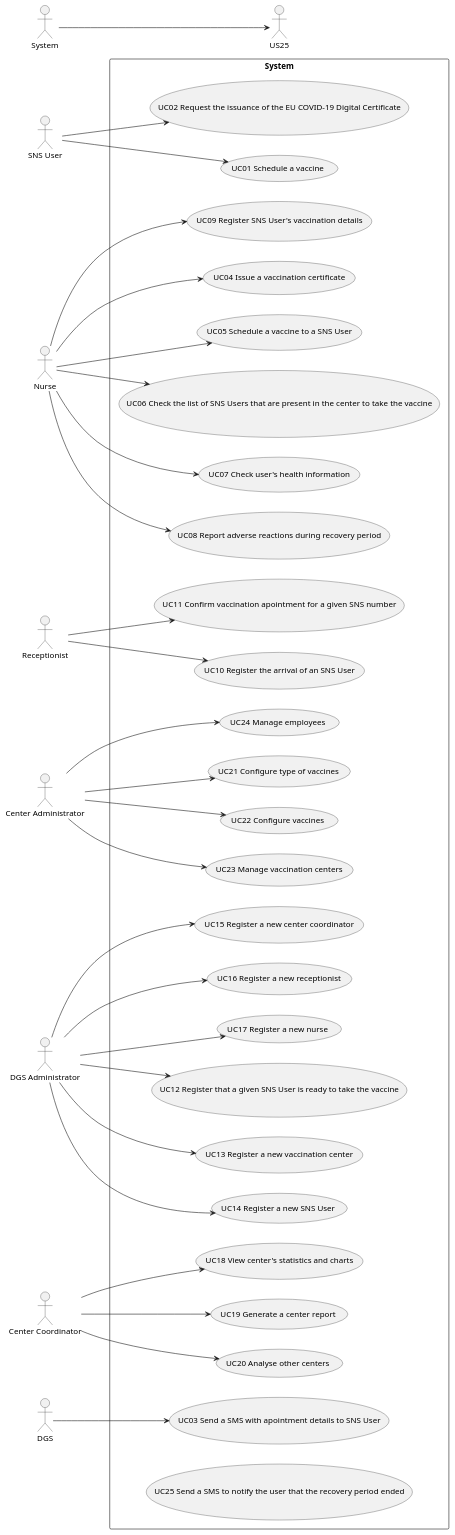
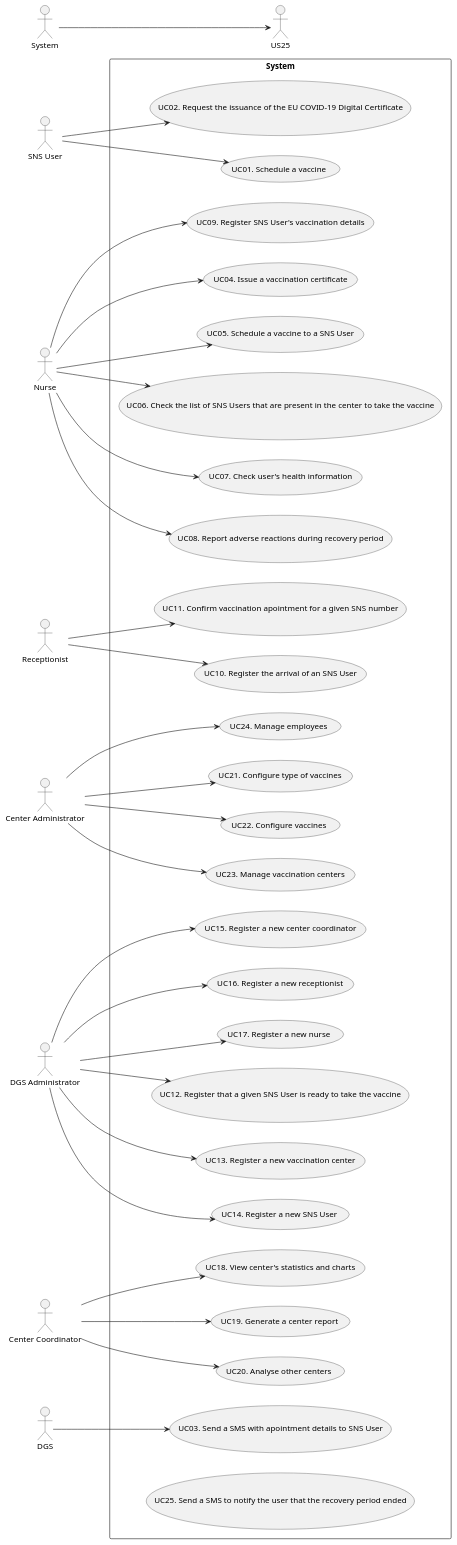
The diagram in docs/SprintA/UCD.puml (miseEnPlace-i/lapr2), drawn with PlantUML before and after one commit.

Commit message:
docs(ucd): added numeration

```diff
--- a/docs/SprintA/UCD.puml
+++ b/docs/SprintA/UCD.puml
@@ -1,68 +1,68 @@
 @startuml UCD
 
 left to right direction
 
 actor "SNS User" as user
 actor "Nurse" as nurse
 actor "Receptionist" as recept
 actor "Center Administrator" as cadmin
 actor "DGS Administrator" as dgsadmin
 actor "Center Coordinator" as coordinator
 actor "DGS" as dgs
 actor "System" as system
 
 rectangle System {
-  usecase "UC01 Schedule a vaccine" as UC01
-  usecase "UC02 Request the issuance of the EU COVID-19 Digital Certificate" as UC02
-  usecase "UC03 Send a SMS with apointment details to SNS User" as UC03
-  usecase "UC04 Issue a vaccination certificate" as UC04
-  usecase "UC05 Schedule a vaccine to a SNS User" as UC05
-  usecase "UC06 Check the list of SNS Users that are present in the center to take the vaccine" as UC06
-  usecase "UC07 Check user's health information" as UC07
-  usecase "UC08 Report adverse reactions during recovery period" as UC08
-  usecase "UC09 Register SNS User's vaccination details" as UC09
-  usecase "UC10 Register the arrival of an SNS User" as UC10
-  usecase "UC11 Confirm vaccination apointment for a given SNS number" as UC11
-  usecase "UC12 Register that a given SNS User is ready to take the vaccine" as UC12
-  usecase "UC13 Register a new vaccination center" as UC13
-  usecase "UC14 Register a new SNS User" as UC14
-  usecase "UC15 Register a new center coordinator" as UC15
-  usecase "UC16 Register a new receptionist" as UC16
-  usecase "UC17 Register a new nurse" as UC17
-  usecase "UC18 View center's statistics and charts" as UC18
-  usecase "UC19 Generate a center report" as UC19
-  usecase "UC20 Analyse other centers" as UC20
-  usecase "UC21 Configure type of vaccines" as UC21
-  usecase "UC22 Configure vaccines" as UC22
-  usecase "UC23 Manage vaccination centers" as UC23
-  usecase "UC24 Manage employees" as UC24
-  usecase "UC25 Send a SMS to notify the user that the recovery period ended" as UC25
+  usecase "UC01. Schedule a vaccine" as UC01
+  usecase "UC02. Request the issuance of the EU COVID-19 Digital Certificate" as UC02
+  usecase "UC03. Send a SMS with apointment details to SNS User" as UC03
+  usecase "UC04. Issue a vaccination certificate" as UC04
+  usecase "UC05. Schedule a vaccine to a SNS User" as UC05
+  usecase "UC06. Check the list of SNS Users that are present in the center to take the vaccine" as UC06
+  usecase "UC07. Check user's health information" as UC07
+  usecase "UC08. Report adverse reactions during recovery period" as UC08
+  usecase "UC09. Register SNS User's vaccination details" as UC09
+  usecase "UC10. Register the arrival of an SNS User" as UC10
+  usecase "UC11. Confirm vaccination apointment for a given SNS number" as UC11
+  usecase "UC12. Register that a given SNS User is ready to take the vaccine" as UC12
+  usecase "UC13. Register a new vaccination center" as UC13
+  usecase "UC14. Register a new SNS User" as UC14
+  usecase "UC15. Register a new center coordinator" as UC15
+  usecase "UC16. Register a new receptionist" as UC16
+  usecase "UC17. Register a new nurse" as UC17
+  usecase "UC18. View center's statistics and charts" as UC18
+  usecase "UC19. Generate a center report" as UC19
+  usecase "UC20. Analyse other centers" as UC20
+  usecase "UC21. Configure type of vaccines" as UC21
+  usecase "UC22. Configure vaccines" as UC22
+  usecase "UC23. Manage vaccination centers" as UC23
+  usecase "UC24. Manage employees" as UC24
+  usecase "UC25. Send a SMS to notify the user that the recovery period ended" as UC25
 }
 
 user --> UC01
 user --> UC02
 dgs --> UC03
 nurse --> UC04
 nurse --> UC05
 nurse --> UC06
 nurse --> UC07
 nurse --> UC08
 nurse --> UC09
 recept --> UC10
 recept --> UC11
 dgsadmin --> UC12
 dgsadmin --> UC13
 dgsadmin --> UC14
 dgsadmin --> UC15
 dgsadmin --> UC16
 dgsadmin --> UC17
 coordinator --> UC18
 coordinator --> UC19
 coordinator --> UC20
 cadmin --> UC21
 cadmin --> UC22
 cadmin --> UC23
 cadmin --> UC24
 system --> US25
 
 @enduml
```
